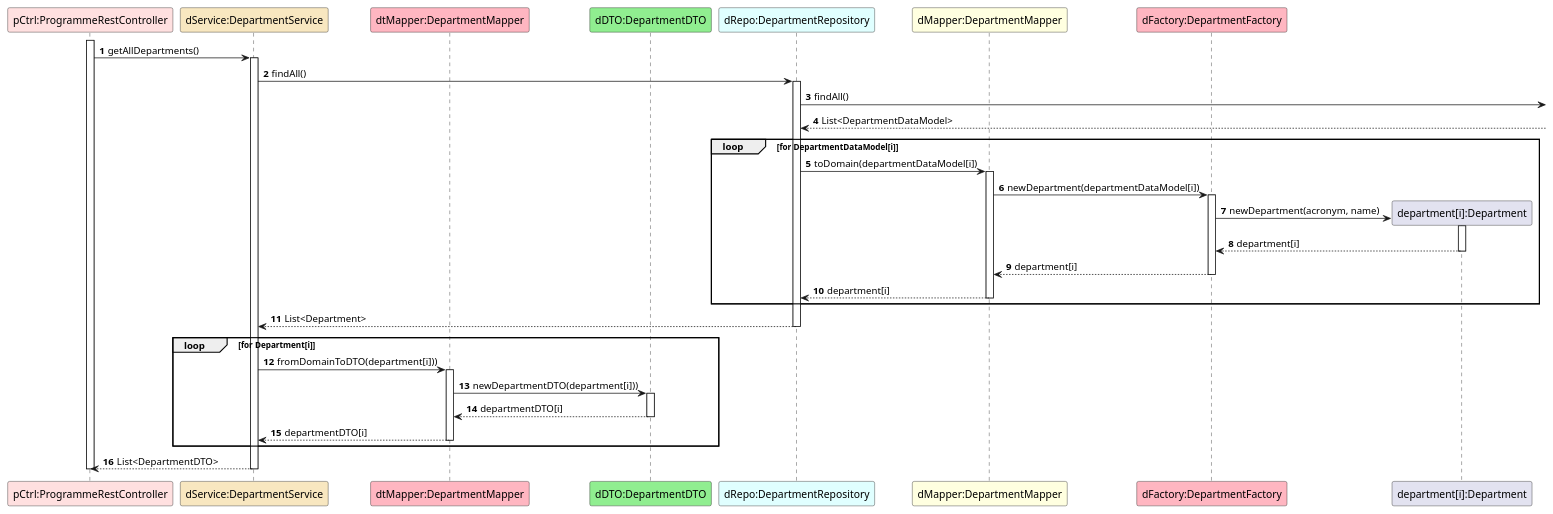
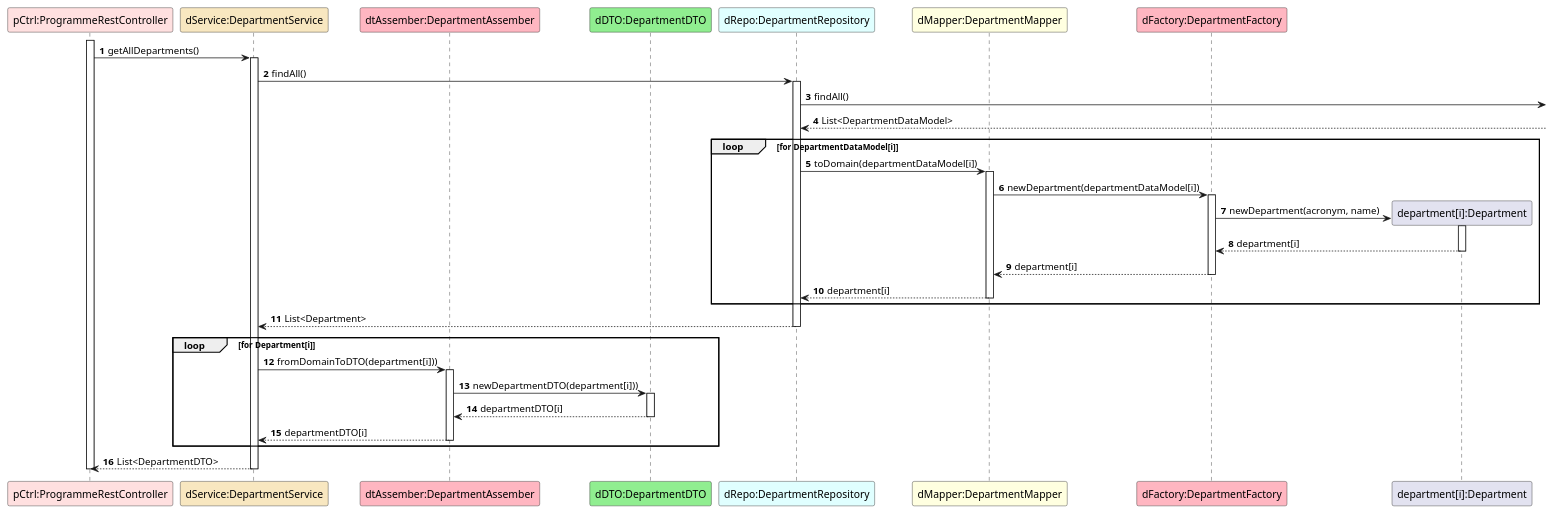
The diagram in docs/US31/ProcessView/Level4/Ref-getAllDepartments.puml (GasparISEP/DevOps-PAI), drawn with PlantUML before and after one commit. The commit also changed 5 other files, not shown here.

Commit message:
Corrections to registerProgramme's Process Lvl4 Diagrams, #505, #523

```diff
--- a/docs/US31/ProcessView/Level4/Ref-getAllDepartments.puml
+++ b/docs/US31/ProcessView/Level4/Ref-getAllDepartments.puml
@@ -1,42 +1,42 @@
 @startuml
 autonumber
 
 participant "pCtrl:ProgrammeRestController" as C #implementation
 participant "dService:DepartmentService" as DPS #strategy
-participant "dtMapper:DepartmentMapper" as DM #lightpink
+participant "dtAssember:DepartmentAssember" as DA #lightpink
 participant "dDTO:DepartmentDTO" as DDTO #lightgreen
 participant "dRepo:DepartmentRepository" as DPR #lightcyan
 participant "dMapper:DepartmentMapper" as M #lightyellow
 participant "dFactory:DepartmentFactory" as F #lightpink
 participant "department[i]:Department" as DT
 
 activate C
 C -> DPS ++: getAllDepartments()
 
 DPS -> DPR ++: findAll()
 
 DPR -> : findAll()
 DPR <-- : List<DepartmentDataModel>
 
 loop for DepartmentDataModel[i]
 DPR -> M ++: toDomain(departmentDataModel[i])
 M -> F ++: newDepartment(departmentDataModel[i])
 F -> DT**: newDepartment(acronym, name)
 activate DT
 DT --> F --: department[i]
 
 F --> M --: department[i]
 M --> DPR --: department[i]
 end
 
 DPR --> DPS --: List<Department>
 loop for Department[i]
-DPS -> DM ++ :fromDomainToDTO(department[i]))
-DM -> DDTO ++: newDepartmentDTO(department[i]))
-DDTO --> DM --: departmentDTO[i]
-DM --> DPS --: departmentDTO[i]
+DPS -> DA ++ :fromDomainToDTO(department[i]))
+DA -> DDTO ++: newDepartmentDTO(department[i]))
+DDTO --> DA --: departmentDTO[i]
+DA --> DPS --: departmentDTO[i]
 end
 
 DPS --> C --: List<DepartmentDTO>
 deactivate C
 @enduml
```
